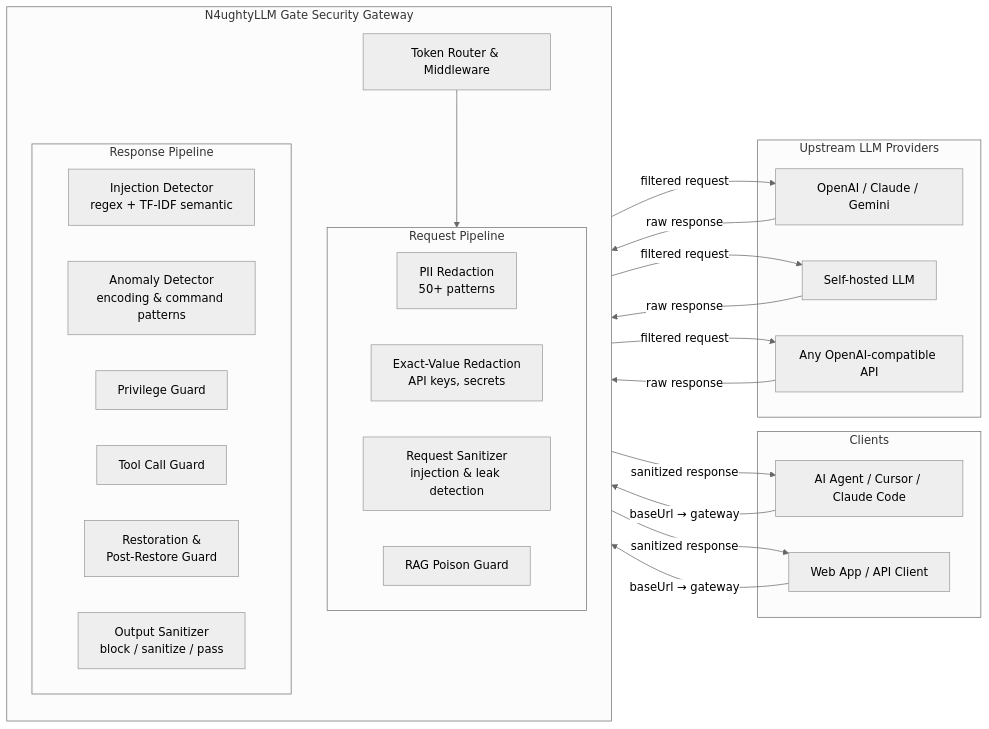
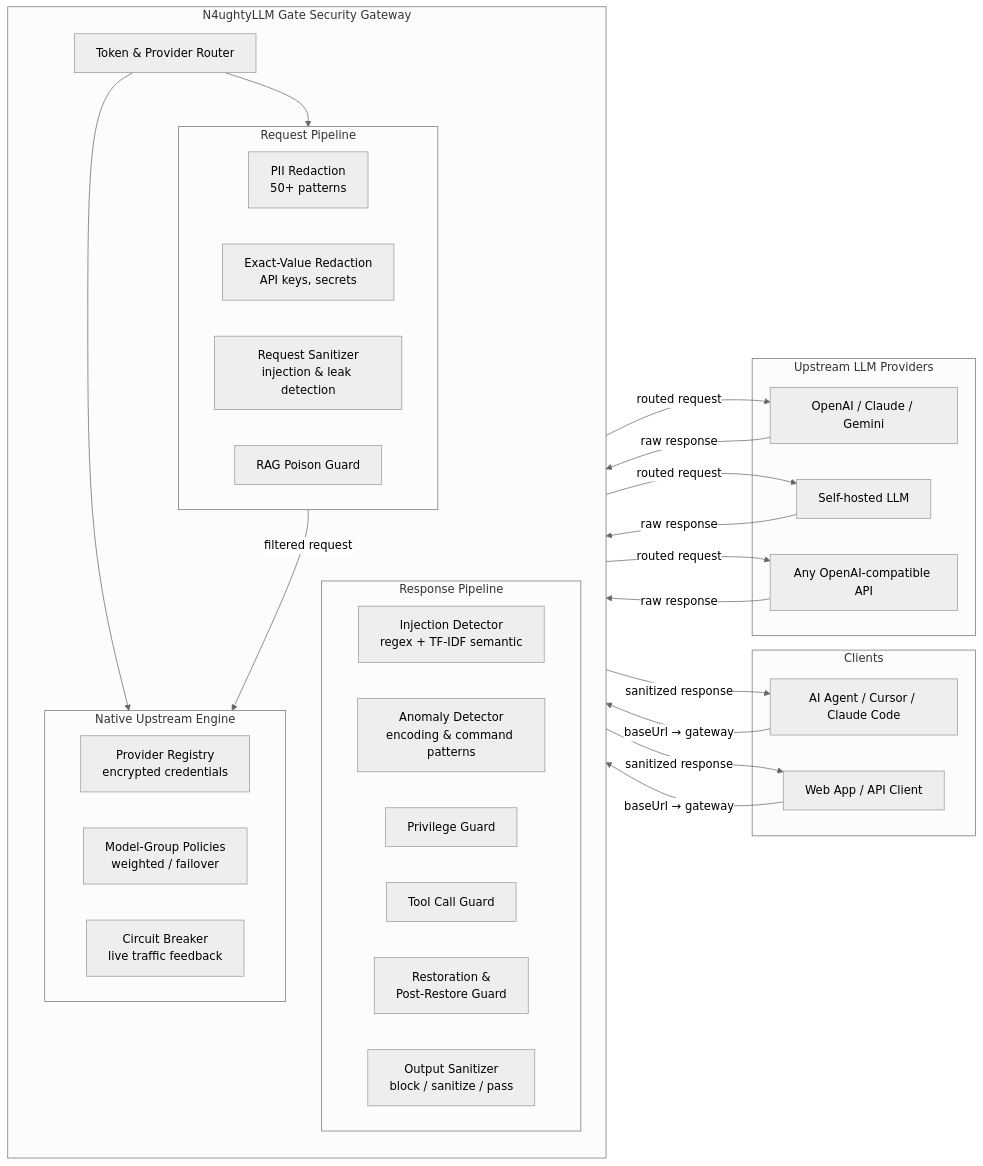
One commit to repackedadmin/N4ughtyLLM-Gate changed the diagram in README.md. Above: the diagram before and after it, drawn with Mermaid (neutral theme). The commit also changed other lines of this file and 31 other files, not shown here.

````diff
--- a/README.md
+++ b/README.md
@@ -49,41 +50,49 @@
 ```mermaid
 flowchart LR
     subgraph Clients
         A1[AI Agent / Cursor / Claude Code]
         A2[Web App / API Client]
     end
 
     subgraph N4LMGate["N4ughtyLLM Gate Security Gateway"]
         direction TB
-        MW[Token Router & Middleware]
+        MW[Token & Provider Router]
 
         subgraph ReqPipeline["Request Pipeline"]
             R1[PII Redaction<br/>50+ patterns]
             R2[Exact-Value Redaction<br/>API keys, secrets]
             R3[Request Sanitizer<br/>injection & leak detection]
             R4[RAG Poison Guard]
         end
 
         subgraph RespPipeline["Response Pipeline"]
             S1[Injection Detector<br/>regex + TF-IDF semantic]
             S2[Anomaly Detector<br/>encoding & command patterns]
             S3[Privilege Guard]
             S4[Tool Call Guard]
             S5[Restoration &<br/>Post-Restore Guard]
             S6[Output Sanitizer<br/>block / sanitize / pass]
         end
 
+        subgraph UpstreamEngine["Native Upstream Engine"]
+            UE1[Provider Registry<br/>encrypted credentials]
+            UE2[Model-Group Policies<br/>weighted / failover]
+            UE3[Circuit Breaker<br/>live traffic feedback]
+        end
+
         MW --> ReqPipeline
+        MW --> UpstreamEngine
     end
 
     subgraph Upstream["Upstream LLM Providers"]
         U1[OpenAI / Claude / Gemini]
         U2[Self-hosted LLM]
         U3[Any OpenAI-compatible API]
     end
 
     A1 & A2 -->|"baseUrl → gateway"| MW
-    ReqPipeline -->|filtered request| U1 & U2 & U3
+    ReqPipeline -->|filtered request| UpstreamEngine
+    UpstreamEngine -->|routed request| U1 & U2 & U3
     U1 & U2 & U3 -->|raw response| RespPipeline
     RespPipeline -->|sanitized response| A1 & A2
 ```
````
